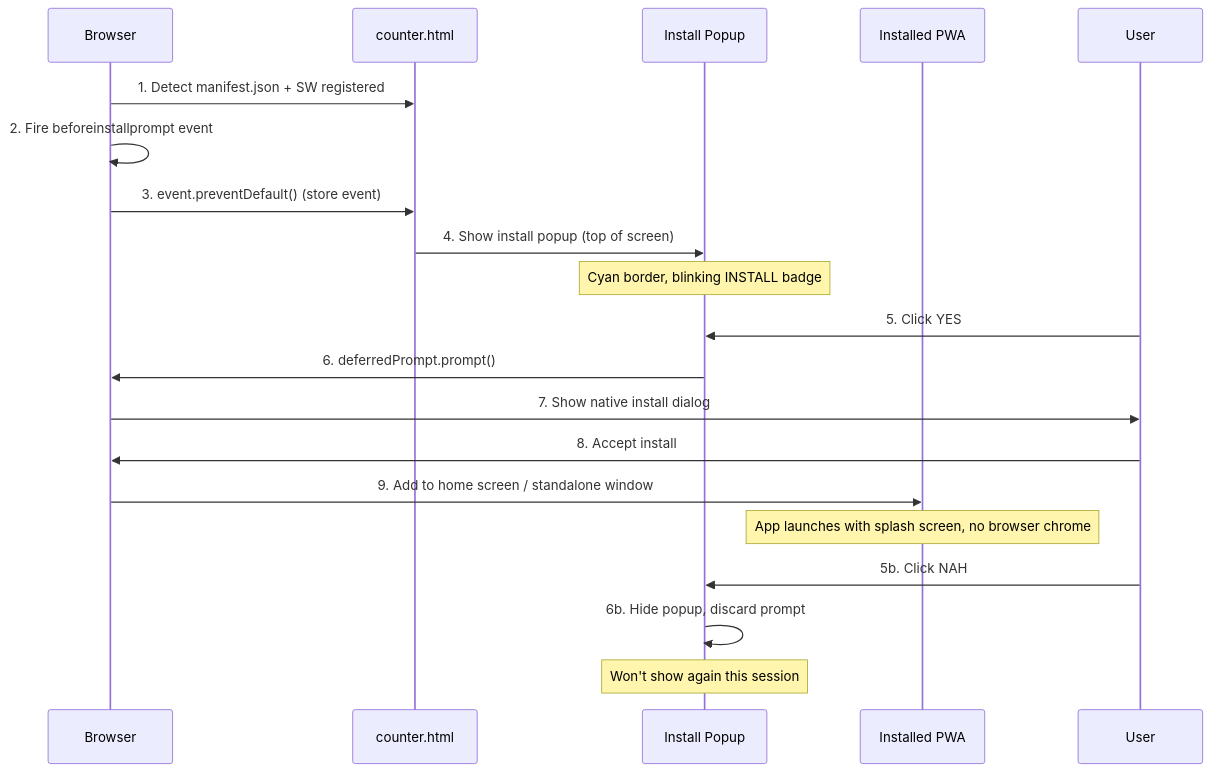
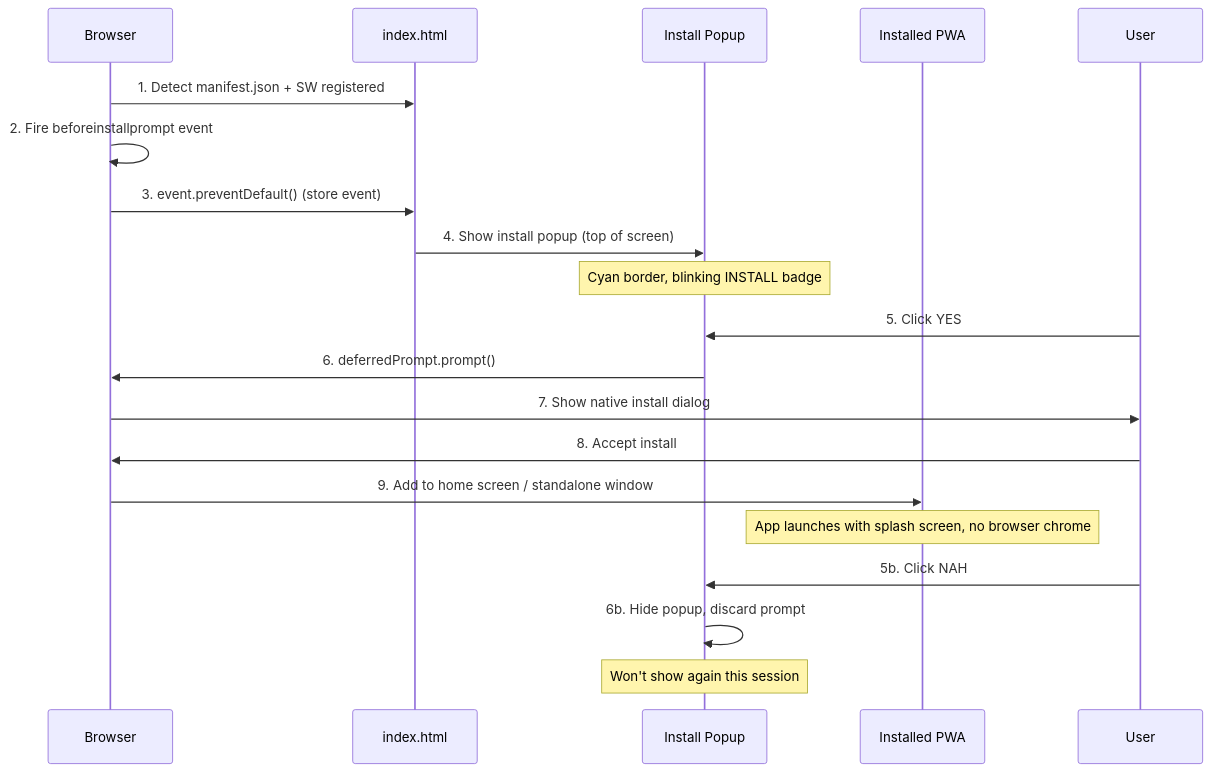
One commit to adillaboray/pixel-counter changed the second of 2 diagrams in PWA-GUIDE.md. Above: the diagram before and after it, drawn with Mermaid. The commit also changed other lines of this file and 1 other file, not shown here.

Commit message:
Rename counter.html to index.html and update references in PWA-GUIDE.md

````diff
--- a/PWA-GUIDE.md
+++ b/PWA-GUIDE.md
@@ -84,24 +84,24 @@
 ```mermaid
 sequenceDiagram
     participant Browser
-    participant Page as counter.html
+    participant Page as index.html
     participant Prompt as Install Popup
     participant App as Installed PWA
 
     Browser->>Page: 1. Detect manifest.json + SW registered
     Browser->>Browser: 2. Fire beforeinstallprompt event
     Browser->>Page: 3. event.preventDefault() (store event)
     Page->>Prompt: 4. Show install popup (top of screen)
     Note over Prompt: Cyan border, blinking INSTALL badge
 
     User->>Prompt: 5. Click YES
     Prompt->>Browser: 6. deferredPrompt.prompt()
     Browser->>User: 7. Show native install dialog
     User->>Browser: 8. Accept install
     Browser->>App: 9. Add to home screen / standalone window
     Note over App: App launches with splash screen, no browser chrome
 
     User->>Prompt: 5b. Click NAH
     Prompt->>Prompt: 6b. Hide popup, discard prompt
     Note over Prompt: Won't show again this session
 ```
````
